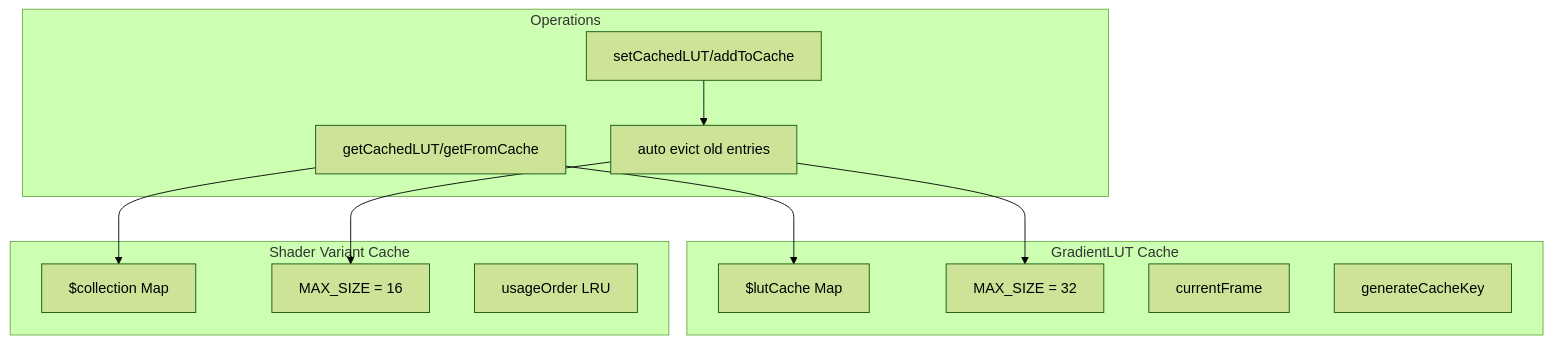
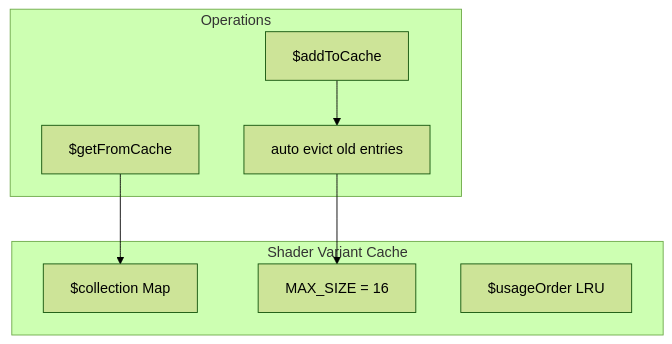
One commit to Next2D/player changed the second of 3 diagrams in packages/webgl/docs/08-shader.md. Above: the diagram before and after it, drawn with Mermaid (forest theme). The commit also changed other lines of this file and 15 other files, not shown here.

````diff
--- a/packages/webgl/docs/08-shader.md
+++ b/packages/webgl/docs/08-shader.md
@@ -263,27 +262,18 @@
 ```mermaid
 flowchart TB
-    subgraph "GradientLUT Cache"
-        LUT_CACHE[$lutCache Map]
-        LUT_MAX[MAX_SIZE = 32]
-        LUT_FRAME[currentFrame]
-        LUT_KEY[generateCacheKey]
-    end
-
     subgraph "Shader Variant Cache"
         SHADER_CACHE[$collection Map]
         SHADER_MAX[MAX_SIZE = 16]
-        SHADER_ORDER[usageOrder LRU]
+        SHADER_ORDER[$usageOrder LRU]
     end
 
     subgraph "Operations"
-        GET[getCachedLUT/getFromCache]
-        SET[setCachedLUT/addToCache]
+        GET[$getFromCache]
+        SET[$addToCache]
         EVICT[auto evict old entries]
     end
 
-    GET --> LUT_CACHE
     GET --> SHADER_CACHE
     SET --> EVICT
-    EVICT --> LUT_MAX
     EVICT --> SHADER_MAX
 ```
````
